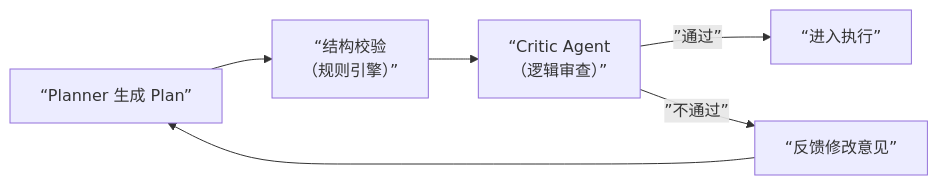
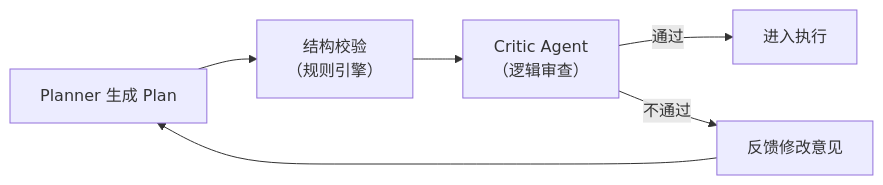
One commit to ranxi2001/zero2Agent changed the sixth of 14 diagrams in learn-agent-interview/01-architecture-design/index.md. Above: the diagram before and after it, drawn with Mermaid. The commit also changed other lines of this file, not shown here.

First line of the commit message:
fix: 修复 Mermaid 语法错误——弯引号改直引号 + 去除花括号

````diff
--- a/learn-agent-interview/01-architecture-design/index.md
+++ b/learn-agent-interview/01-architecture-design/index.md
@@ -719,8 +719,8 @@
 ```mermaid
 flowchart LR
-    A[“Planner 生成 Plan”] --> B[“结构校验\n（规则引擎）”]
-    B --> C[“Critic Agent\n（逻辑审查）”]
-    C -->|”通过”| D[“进入执行”]
-    C -->|”不通过”| E[“反馈修改意见”]
+    A["Planner 生成 Plan"] --> B["结构校验\n（规则引擎）"]
+    B --> C["Critic Agent\n（逻辑审查）"]
+    C -->|"通过"| D["进入执行"]
+    C -->|"不通过"| E["反馈修改意见"]
     E --> A
 ```
````
